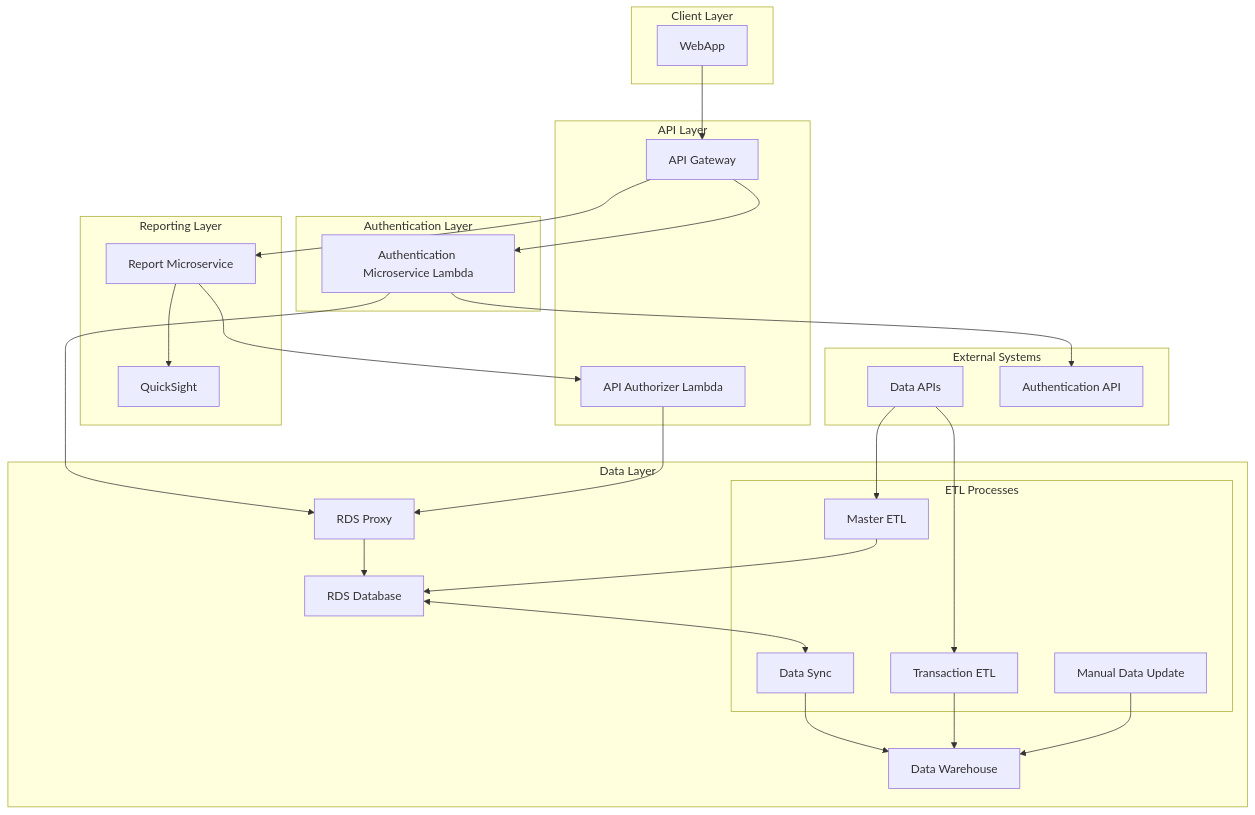
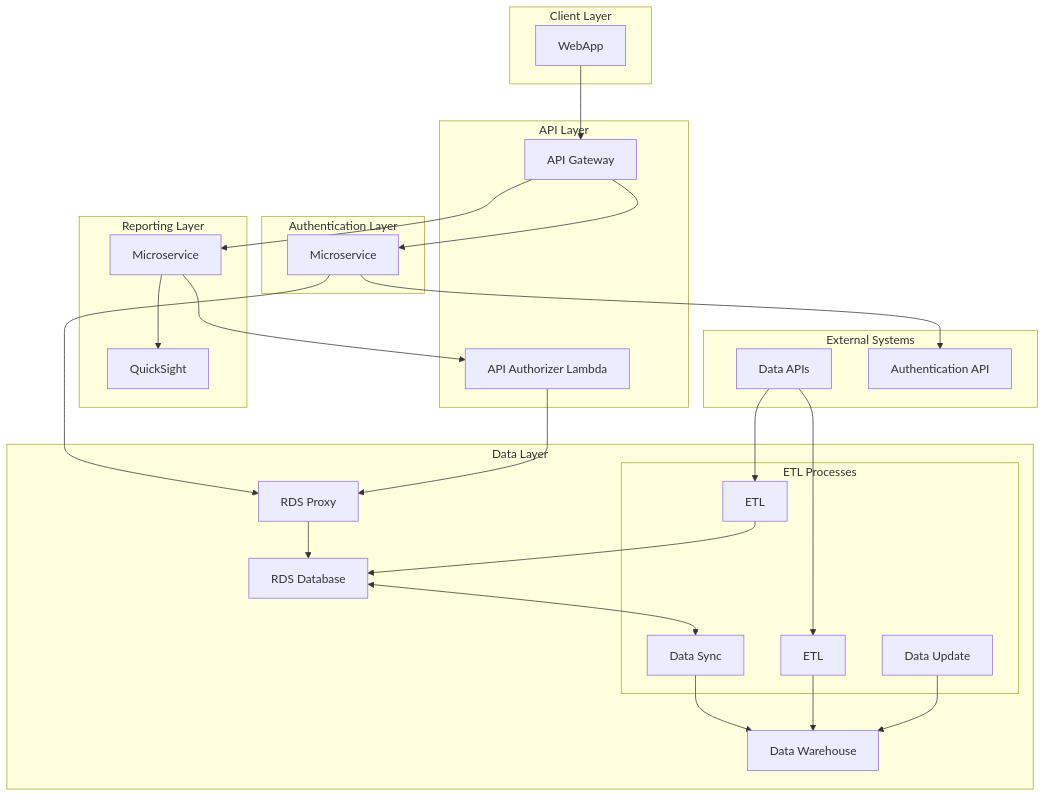
One commit to hugger-beep/private1 changed the first of 3 diagrams in Detailed.md. Above: the diagram before and after it, drawn with Mermaid.

````diff
--- a/Detailed.md
+++ b/Detailed.md
@@ -3,60 +3,60 @@
 ```mermaid
 graph TD
     subgraph "Client Layer"
         DIWebApp[WebApp]
     end
     
     subgraph "API Layer"
         APIGateway[API Gateway]
         APIAuth[API Authorizer Lambda]
     end
     
     subgraph "Authentication Layer"
-        AuthMicro[Authentication Microservice Lambda]
+        AuthMicro[Microservice]
     end
     
     subgraph "Reporting Layer"
-        ReportMicro[Report Microservice]
+        ReportMicro[Microservice]
         QS[QuickSight]
     end
     
     subgraph "Data Layer"
         RDSProxy[RDS Proxy]
         RDS[RDS Database]
         DW[Data Warehouse]
         
         subgraph "ETL Processes"
-            TransETL[Transaction ETL]
-            MasterETL[Master ETL]
+            TransETL[ETL]
+            MasterETL[ ETL]
             SecureSync[Data Sync]
-            ManualUpdate[Manual Data Update]
+            ManualUpdate[Data Update]
         end
     end
     
     subgraph "External Systems"
         XACTDataAPI[Data APIs]
         XACIAuth[Authentication API]
     end
     
     DIWebApp --> APIGateway
     
     APIGateway --> AuthMicro
     APIGateway --> ReportMicro
     
     AuthMicro --> XACIAuth
     AuthMicro --> RDSProxy
     APIAuth --> RDSProxy
     
     ReportMicro --> QS
     ReportMicro --> APIAuth
     
     RDSProxy --> RDS
     RDS <--> SecureSync
     SecureSync --> DW
     TransETL --> DW
     MasterETL --> RDS
     ManualUpdate --> DW
     
     XACTDataAPI --> TransETL
     XACTDataAPI --> MasterETL
 ```
````
